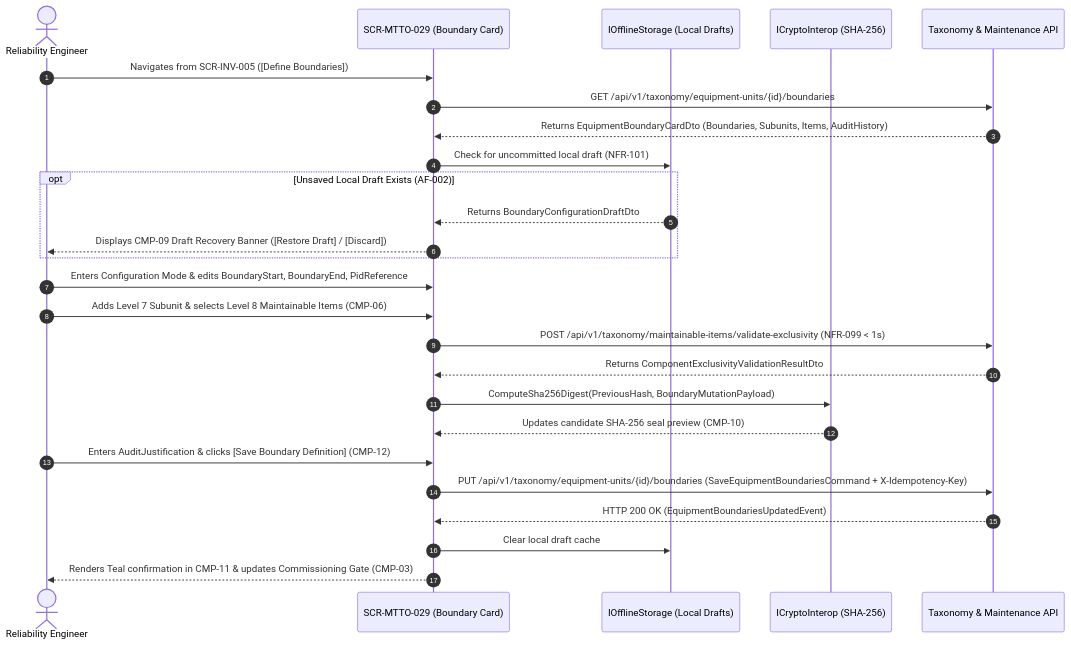
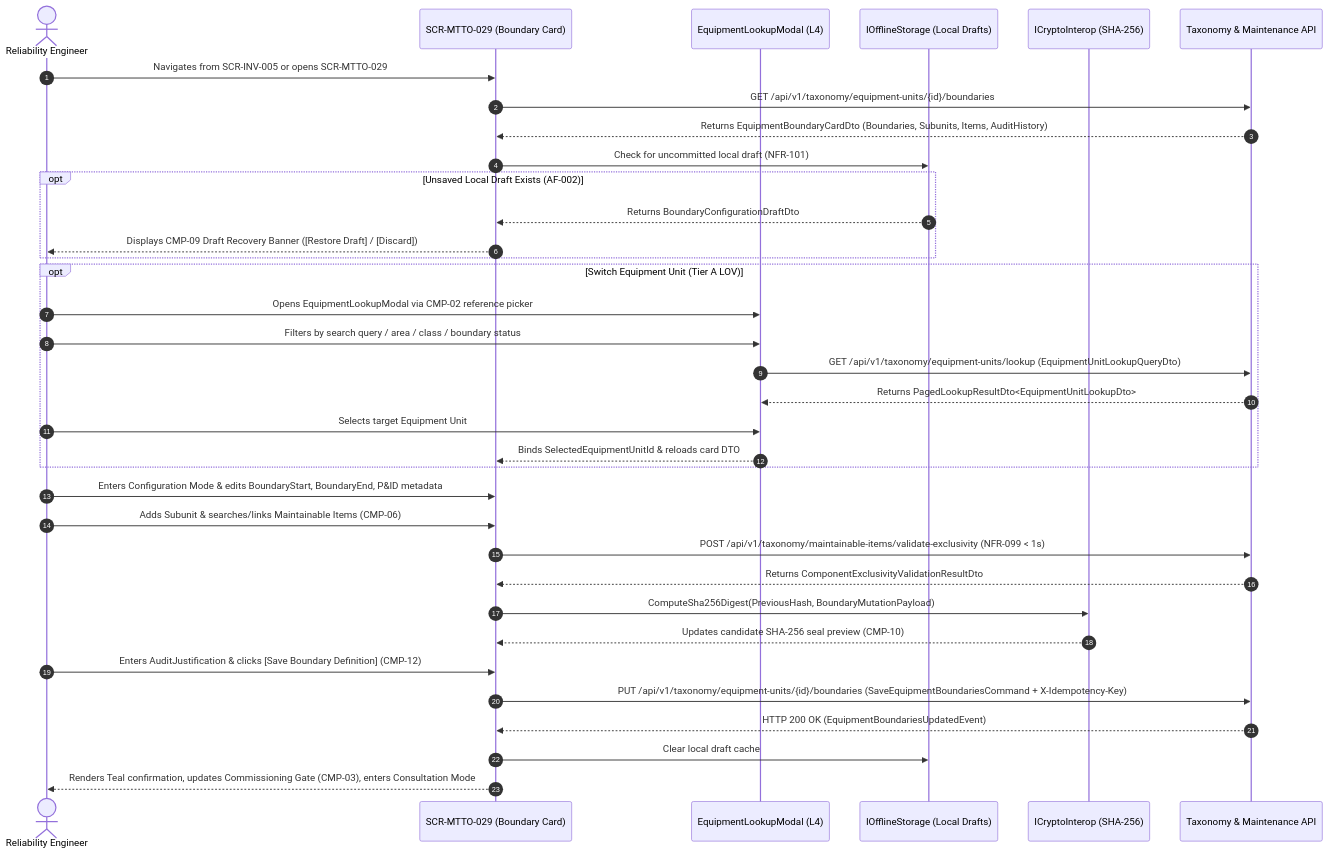
The diagram in ui-ux/screens/mtto/SCR-MTTO-029.md (Novav20/adso-dteam-docs), drawn with Mermaid before and after one commit. The commit also changed other lines of this file and 6 other files, not shown here.

First line of the commit message:
docs(mtto): lock SCR-MTTO-029 and UC-MTTO-029 at gold standard (v1.2)

````diff
--- a/ui-ux/screens/mtto/SCR-MTTO-029.md
+++ b/ui-ux/screens/mtto/SCR-MTTO-029.md
@@ -204,29 +231,38 @@
 ```mermaid
 sequenceDiagram
     autonumber
     actor Eng as Reliability Engineer
     participant UI as SCR-MTTO-029 (Boundary Card)
+    participant LOV as EquipmentLookupModal (L4)
     participant Store as IOfflineStorage (Local Drafts)
     participant Crypto as ICryptoInterop (SHA-256)
     participant API as Taxonomy & Maintenance API
 
-    Eng->>UI: Navigates from SCR-INV-005 ([Define Boundaries])
+    Eng->>UI: Navigates from SCR-INV-005 or opens SCR-MTTO-029
     UI->>API: GET /api/v1/taxonomy/equipment-units/{id}/boundaries
     API-->>UI: Returns EquipmentBoundaryCardDto (Boundaries, Subunits, Items, AuditHistory)
     UI->>Store: Check for uncommitted local draft (NFR-101)
     opt Unsaved Local Draft Exists (AF-002)
         Store-->>UI: Returns BoundaryConfigurationDraftDto
         UI-->>Eng: Displays CMP-09 Draft Recovery Banner ([Restore Draft] / [Discard])
     end
-    Eng->>UI: Enters Configuration Mode & edits BoundaryStart, BoundaryEnd, PidReference
-    Eng->>UI: Adds Level 7 Subunit & selects Level 8 Maintainable Items (CMP-06)
+    opt Switch Equipment Unit (Tier A LOV)
+        Eng->>LOV: Opens EquipmentLookupModal via CMP-02 reference picker
+        Eng->>LOV: Filters by search query / area / class / boundary status
+        LOV->>API: GET /api/v1/taxonomy/equipment-units/lookup (EquipmentUnitLookupQueryDto)
+        API-->>LOV: Returns PagedLookupResultDto<EquipmentUnitLookupDto>
+        Eng->>LOV: Selects target Equipment Unit
+        LOV-->>UI: Binds SelectedEquipmentUnitId & reloads card DTO
+    end
+    Eng->>UI: Enters Configuration Mode & edits BoundaryStart, BoundaryEnd, P&ID metadata
+    Eng->>UI: Adds Subunit & searches/links Maintainable Items (CMP-06)
     UI->>API: POST /api/v1/taxonomy/maintainable-items/validate-exclusivity (NFR-099 < 1s)
     API-->>UI: Returns ComponentExclusivityValidationResultDto
     UI->>Crypto: ComputeSha256Digest(PreviousHash, BoundaryMutationPayload)
     Crypto-->>UI: Updates candidate SHA-256 seal preview (CMP-10)
     Eng->>UI: Enters AuditJustification & clicks [Save Boundary Definition] (CMP-12)
     UI->>API: PUT /api/v1/taxonomy/equipment-units/{id}/boundaries (SaveEquipmentBoundariesCommand + X-Idempotency-Key)
     API-->>UI: HTTP 200 OK (EquipmentBoundariesUpdatedEvent)
     UI->>Store: Clear local draft cache
-    UI-->>Eng: Renders Teal confirmation in CMP-11 & updates Commissioning Gate (CMP-03)
+    UI-->>Eng: Renders Teal confirmation, updates Commissioning Gate (CMP-03), enters Consultation Mode
 ```
````
